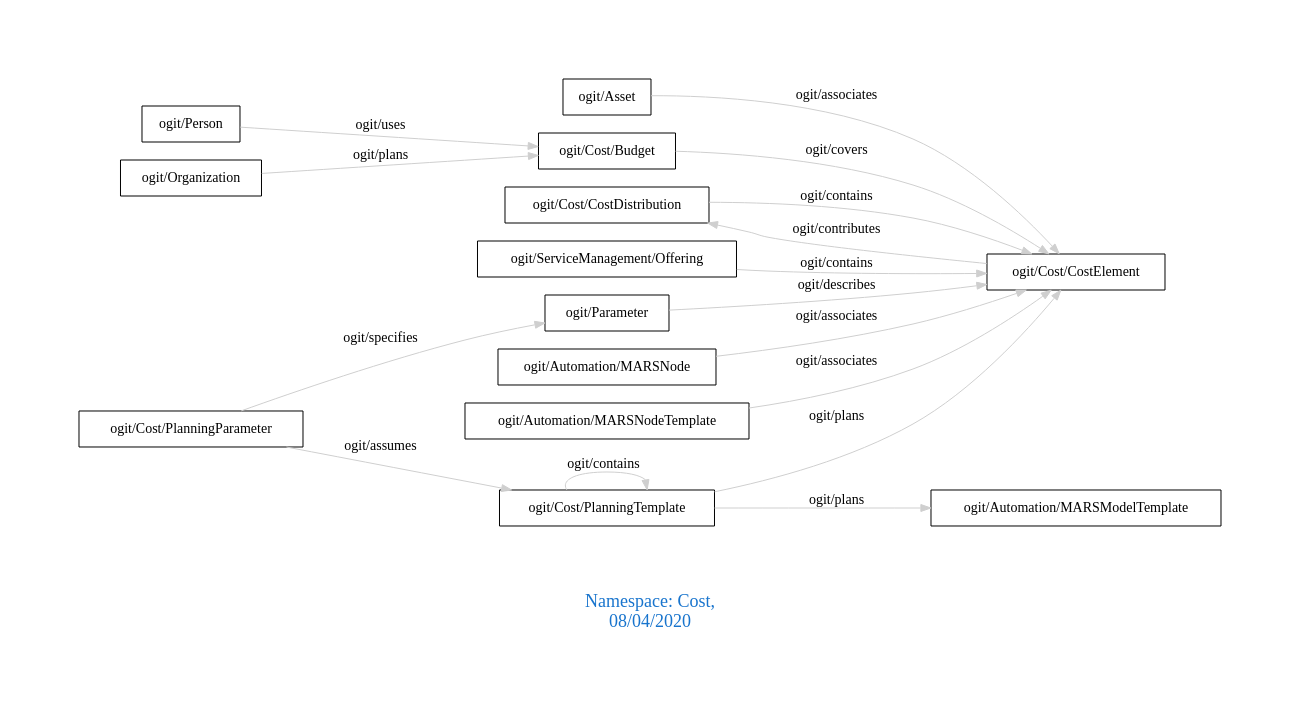
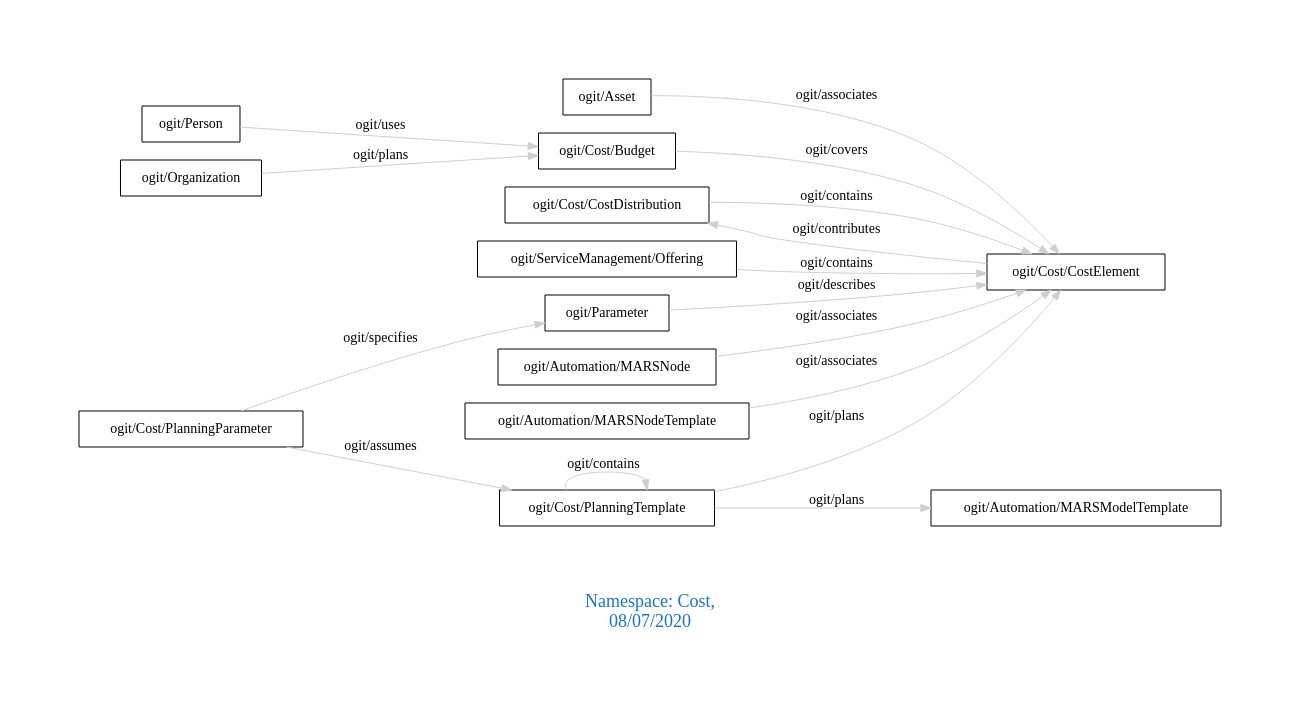
Before and after one commit to arago/OGIT: the diagram in downloads/Cost.dot, drawn with Graphviz. The commit also changed 1770 other files, not shown here.

```diff
--- a/downloads/Cost.dot
+++ b/downloads/Cost.dot
@@ -1,23 +1,23 @@
 digraph OGIT_ontology {
  graph [ rankdir= LR,pad=1 
 fontsize = 18,
-fontcolor= dodgerblue3,label = "\n\n\nNamespace: Cost, \n 08/04/2020"];
+fontcolor= dodgerblue3,label = "\n\n\nNamespace: Cost, \n 08/07/2020"];
 node[shape=polygon];
 edge [  color="gray81"];
 
    "ogit/Cost/CostDistribution" -> "ogit/Cost/CostElement" [label="   ogit/contains    "];
    "ogit/ServiceManagement/Offering" -> "ogit/Cost/CostElement" [label="   ogit/contains    "];
    "ogit/Cost/PlanningParameter" -> "ogit/Parameter" [label="   ogit/specifies    "];
    "ogit/Cost/Budget" -> "ogit/Cost/CostElement" [label="   ogit/covers    "];
    "ogit/Parameter" -> "ogit/Cost/CostElement" [label="   ogit/describes    "];
    "ogit/Cost/CostElement" -> "ogit/Cost/CostDistribution" [label="   ogit/contributes    "];
    "ogit/Automation/MARSNode" -> "ogit/Cost/CostElement" [label="   ogit/associates    "];
    "ogit/Automation/MARSNodeTemplate" -> "ogit/Cost/CostElement" [label="   ogit/associates    "];
    "ogit/Asset" -> "ogit/Cost/CostElement" [label="   ogit/associates    "];
    "ogit/Person" -> "ogit/Cost/Budget" [label="   ogit/uses    "];
    "ogit/Cost/PlanningTemplate" -> "ogit/Automation/MARSModelTemplate" [label="   ogit/plans    "];
    "ogit/Cost/PlanningTemplate" -> "ogit/Cost/CostElement" [label="   ogit/plans    "];
    "ogit/Organization" -> "ogit/Cost/Budget" [label="   ogit/plans    "];
    "ogit/Cost/PlanningParameter" -> "ogit/Cost/PlanningTemplate" [label="   ogit/assumes    "];
    "ogit/Cost/PlanningTemplate" -> "ogit/Cost/PlanningTemplate" [label="   ogit/contains    "];
 }
```
